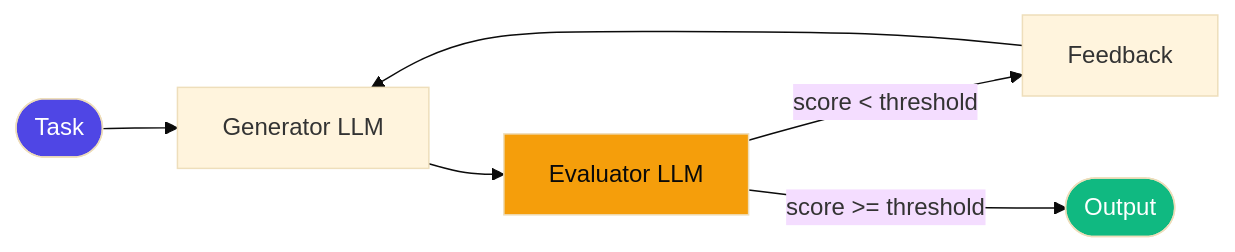
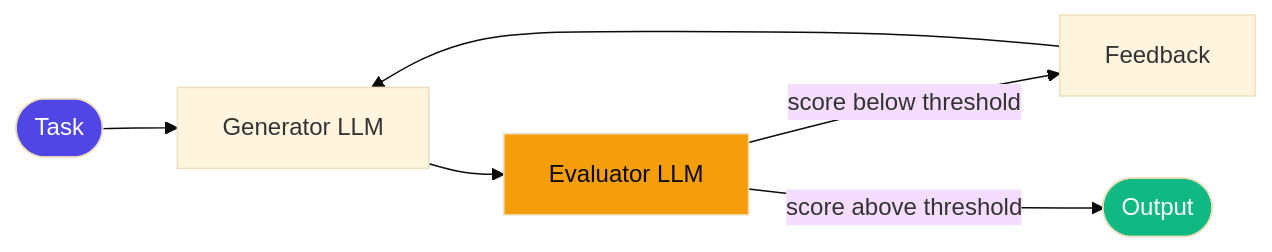
One commit to thepandanlabs/applied-ai-from-scratch changed the sixth of 8 diagrams in slides/phase-04-agents.md. Above: the diagram before and after it, drawn with Mermaid (base theme). The commit also changed other lines of this file and 1 other file, not shown here.

First line of the commit message:
fix(slides): mermaid syntax errors and table bottom border

```diff
--- a/slides/phase-04-agents.md
+++ b/slides/phase-04-agents.md
@@ -243,12 +235,11 @@
 <div class="mermaid">
 flowchart LR
     A([Task]) --> B[Generator LLM]
     B --> C[Evaluator LLM]
-    C -->|score < threshold| D[Feedback]
+    C -->|score below threshold| D[Feedback]
     D --> B
-    C -->|score >= threshold| E([Output])
-
+    C -->|score above threshold| E([Output])
     style A fill:#4f46e5,color:#fff
     style E fill:#10b981,color:#fff
     style C fill:#f59e0b,color:#0a0a0a
 </div>
```
